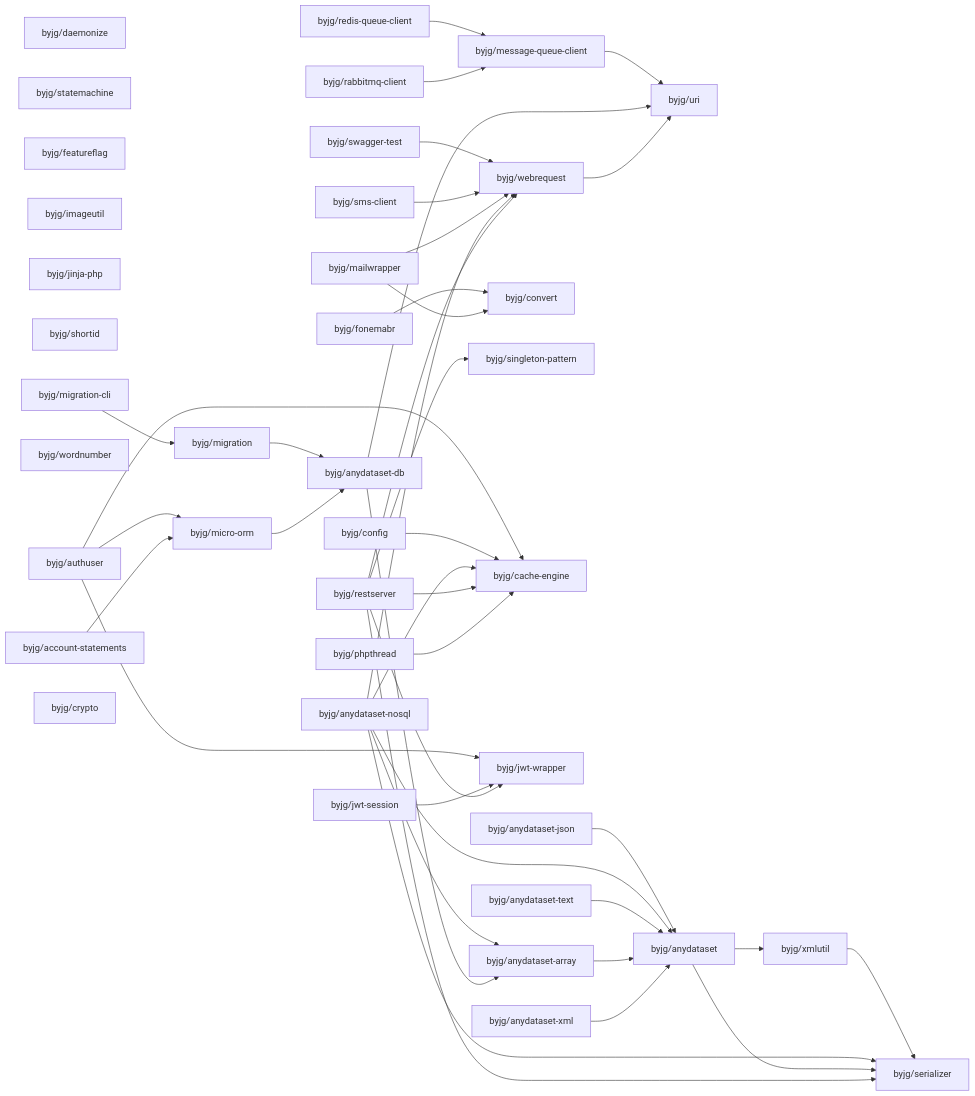
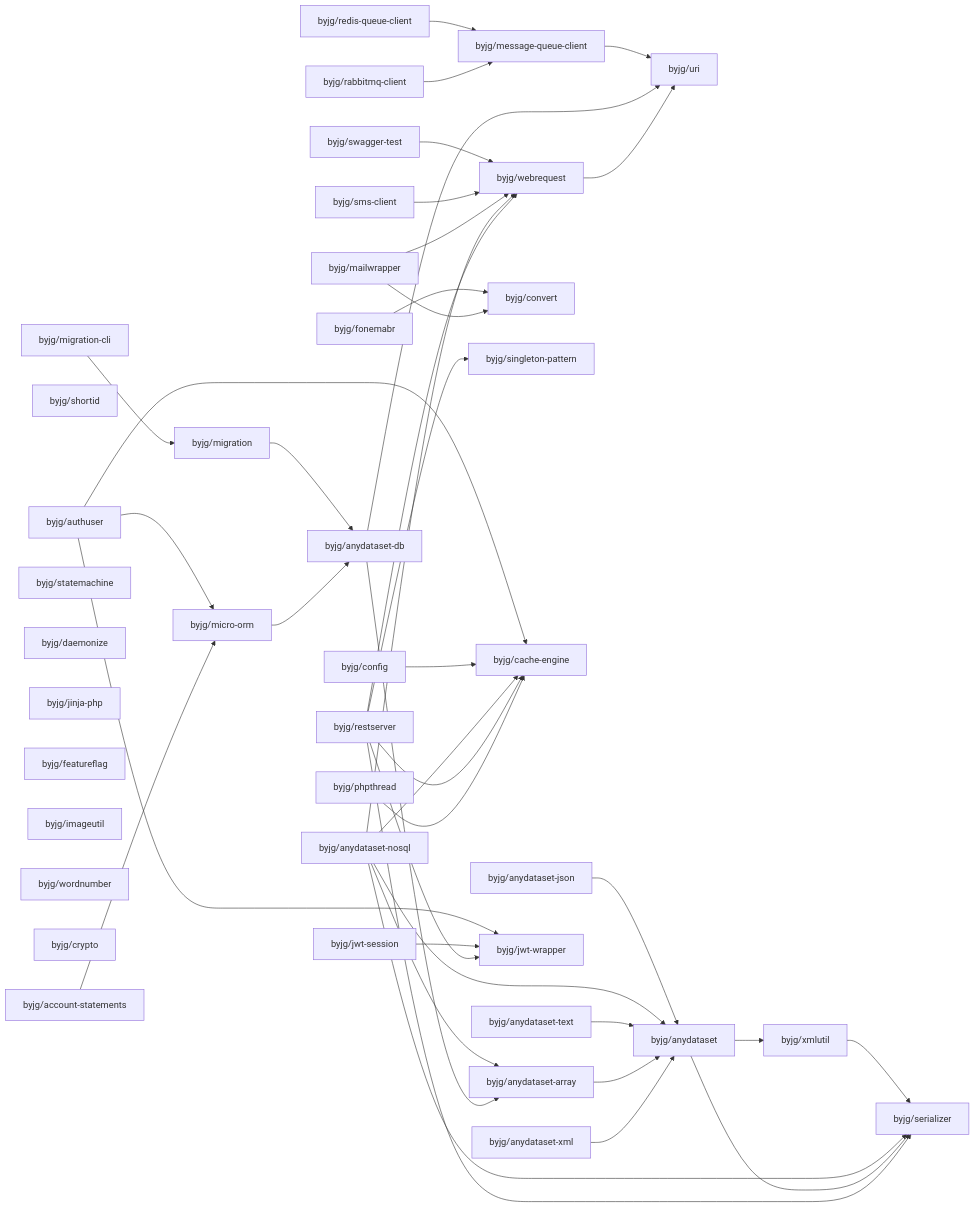
One commit to byjg/byjg.github.io changed the diagram in docs/php/README.md. Above: the diagram before and after it, drawn with Mermaid. The commit also changed other lines of this file, not shown here.

Commit message:
Update documentation 'php' 'php-authuser'

````diff
--- a/docs/php/README.md
+++ b/docs/php/README.md
@@ -3,80 +3,80 @@
 ```mermaid
 graph LR;
+  byjg/mailwrapper;
+  byjg/fonemabr;
+  byjg/anydataset-text;
+  byjg/sms-client;
+  byjg/authuser;
+  byjg/shortid;
+  byjg/migration-cli;
+  byjg/redis-queue-client;
+  byjg/statemachine;
   byjg/daemonize;
-  byjg/statemachine;
-  byjg/sms-client;
-  byjg/mailwrapper;
-  byjg/anydataset-text;
-  byjg/fonemabr;
+  byjg/jinja-php;
+  byjg/jwt-session;
+  byjg/featureflag;
+  byjg/imageutil;
+  byjg/wordnumber;
+  byjg/anydataset-xml;
+  byjg/anydataset-json;
+  byjg/crypto;
+  byjg/phpthread;
+  byjg/account-statements;
+  byjg/anydataset-nosql;
+  byjg/swagger-test;
   byjg/config;
-  byjg/featureflag;
-  byjg/anydataset-xml;
-  byjg/imageutil;
-  byjg/jinja-php;
-  byjg/shortid;
-  byjg/phpthread;
+  byjg/restserver;
   byjg/rabbitmq-client;
-  byjg/authuser;
-  byjg/wordnumber;
-  byjg/anydataset-nosql;
-  byjg/account-statements;
-  byjg/anydataset-json;
-  byjg/migration-cli;
-  byjg/crypto;
-  byjg/jwt-session;
-  byjg/restserver;
-  byjg/swagger-test;
-  byjg/redis-queue-client;
   byjg/convert;
+  byjg/migration;
   byjg/micro-orm;
-  byjg/migration;
   byjg/singleton-pattern;
   byjg/cache-engine;
+  byjg/webrequest;
   byjg/jwt-wrapper;
-  byjg/webrequest;
   byjg/message-queue-client;
   byjg/anydataset-db;
   byjg/anydataset-array;
   byjg/uri;
   byjg/anydataset;
   byjg/xmlutil;
   byjg/serializer;
   byjg/migration --> byjg/anydataset-db;
   byjg/fonemabr --> byjg/convert;
   byjg/swagger-test --> byjg/webrequest;
   byjg/authuser --> byjg/micro-orm;
   byjg/authuser --> byjg/cache-engine;
   byjg/authuser --> byjg/jwt-wrapper;
   byjg/config --> byjg/cache-engine;
   byjg/message-queue-client --> byjg/uri;
   byjg/sms-client --> byjg/webrequest;
   byjg/xmlutil --> byjg/serializer;
   byjg/anydataset-json --> byjg/anydataset;
   byjg/mailwrapper --> byjg/convert;
   byjg/mailwrapper --> byjg/webrequest;
   byjg/anydataset-nosql --> byjg/anydataset;
   byjg/anydataset-nosql --> byjg/anydataset-array;
   byjg/anydataset-nosql --> byjg/serializer;
   byjg/anydataset-nosql --> byjg/webrequest;
   byjg/anydataset-nosql --> byjg/cache-engine;
   byjg/migration-cli --> byjg/migration;
   byjg/redis-queue-client --> byjg/message-queue-client;
   byjg/jwt-session --> byjg/jwt-wrapper;
   byjg/anydataset --> byjg/serializer;
   byjg/anydataset --> byjg/xmlutil;
   byjg/anydataset-db --> byjg/anydataset-array;
   byjg/anydataset-db --> byjg/uri;
   byjg/anydataset-text --> byjg/anydataset;
   byjg/restserver --> byjg/serializer;
   byjg/restserver --> byjg/singleton-pattern;
   byjg/restserver --> byjg/cache-engine;
   byjg/restserver --> byjg/webrequest;
   byjg/restserver --> byjg/jwt-wrapper;
   byjg/account-statements --> byjg/micro-orm;
   byjg/webrequest --> byjg/uri;
   byjg/micro-orm --> byjg/anydataset-db;
   byjg/anydataset-array --> byjg/anydataset;
   byjg/anydataset-xml --> byjg/anydataset;
   byjg/phpthread --> byjg/cache-engine;
   byjg/rabbitmq-client --> byjg/message-queue-client;
 ```
````
